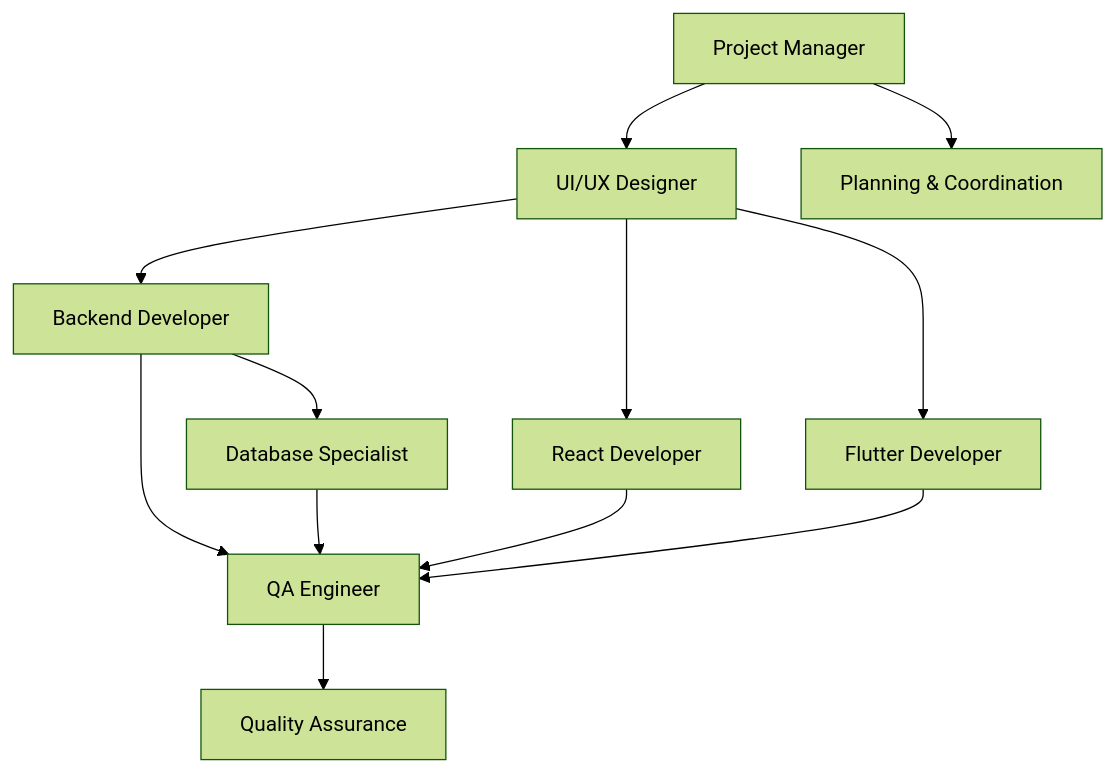
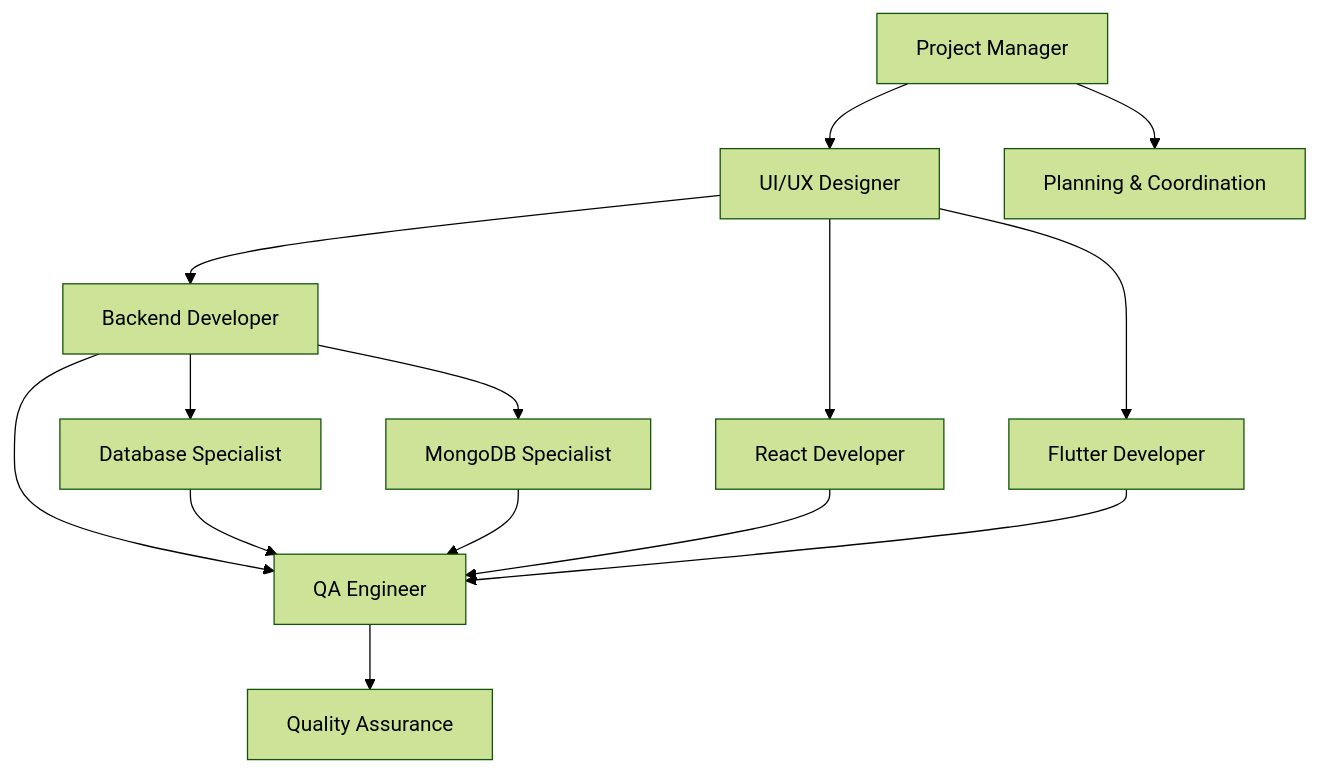
Before and after one commit to tiagofur/template-project: the diagram in agents/README.md, drawn with Mermaid (forest theme). The commit also changed other lines of this file and 1 other file, not shown here.

Commit message:
Add MongoDB Database Specialist Agent with comprehensive documentation

````diff
--- a/agents/README.md
+++ b/agents/README.md
@@ -50,14 +52,16 @@
 ```mermaid
 graph TD
     A[Project Manager] --> B[UI/UX Designer]
     B --> C[Backend Developer]
     C --> D[Database Specialist]
+    C --> D2[MongoDB Specialist]
     B --> E[React Developer]
     B --> F[Flutter Developer]
     C --> G[QA Engineer]
     D --> G
+    D2 --> G
     E --> G
     F --> G
     A --> H[Planning & Coordination]
     G --> I[Quality Assurance]
 ```
````
